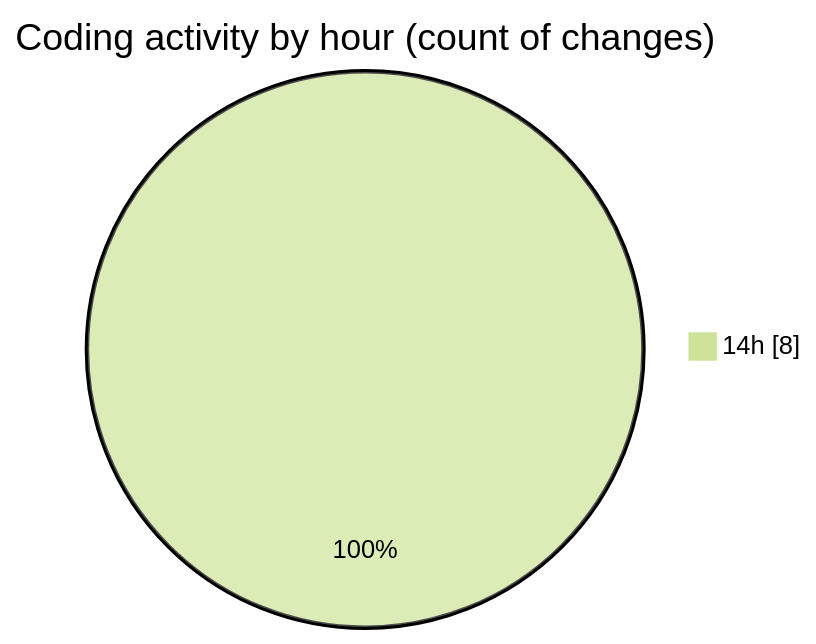
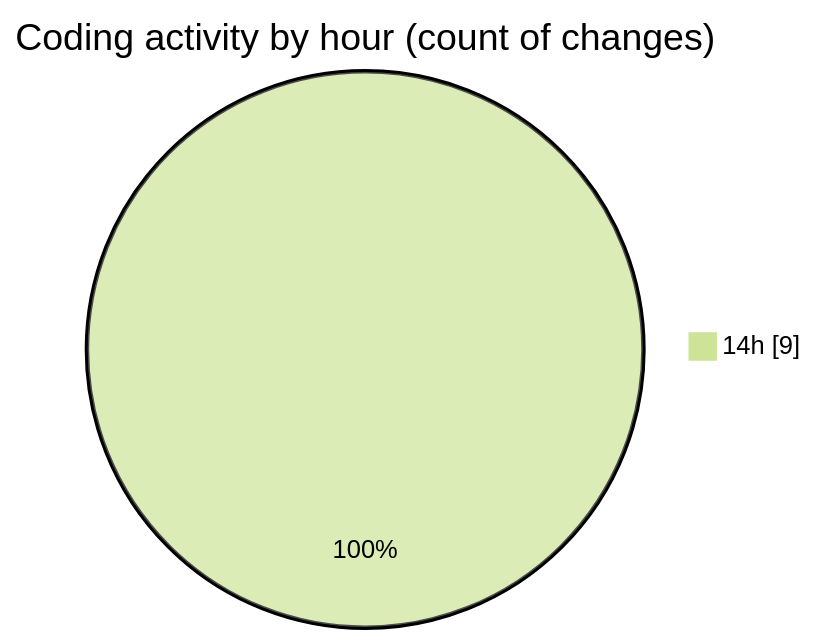
Before and after one commit to JenPaints/code-tracking: the second of 2 diagrams in 2025-05-28/kimberly-groups/README.md, drawn with Mermaid (forest theme). The commit also changed other lines of this file and 1 other file, not shown here.

````diff
--- a/2025-05-28/kimberly-groups/README.md
+++ b/2025-05-28/kimberly-groups/README.md
@@ -31,5 +31,5 @@
 ```mermaid
 pie showData
 title Coding activity by hour (count of changes)
-"14h" : 8
+"14h" : 9
 ```
````
